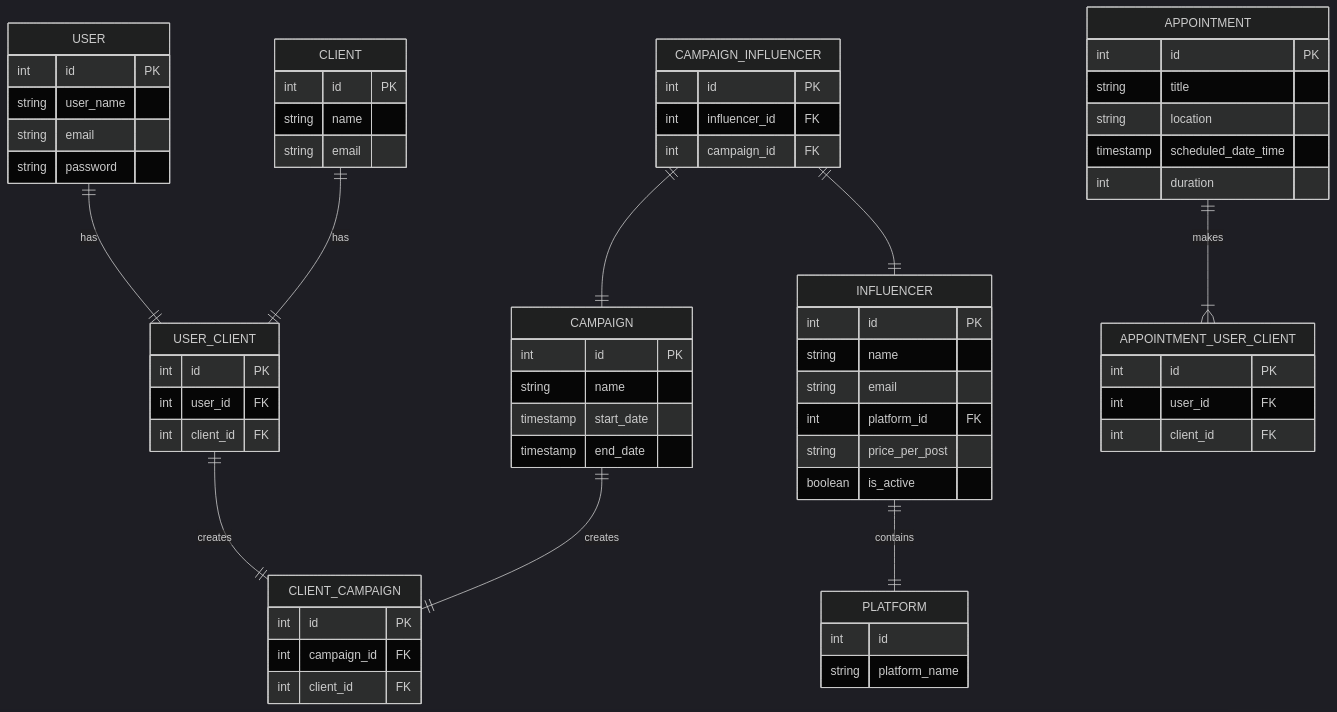
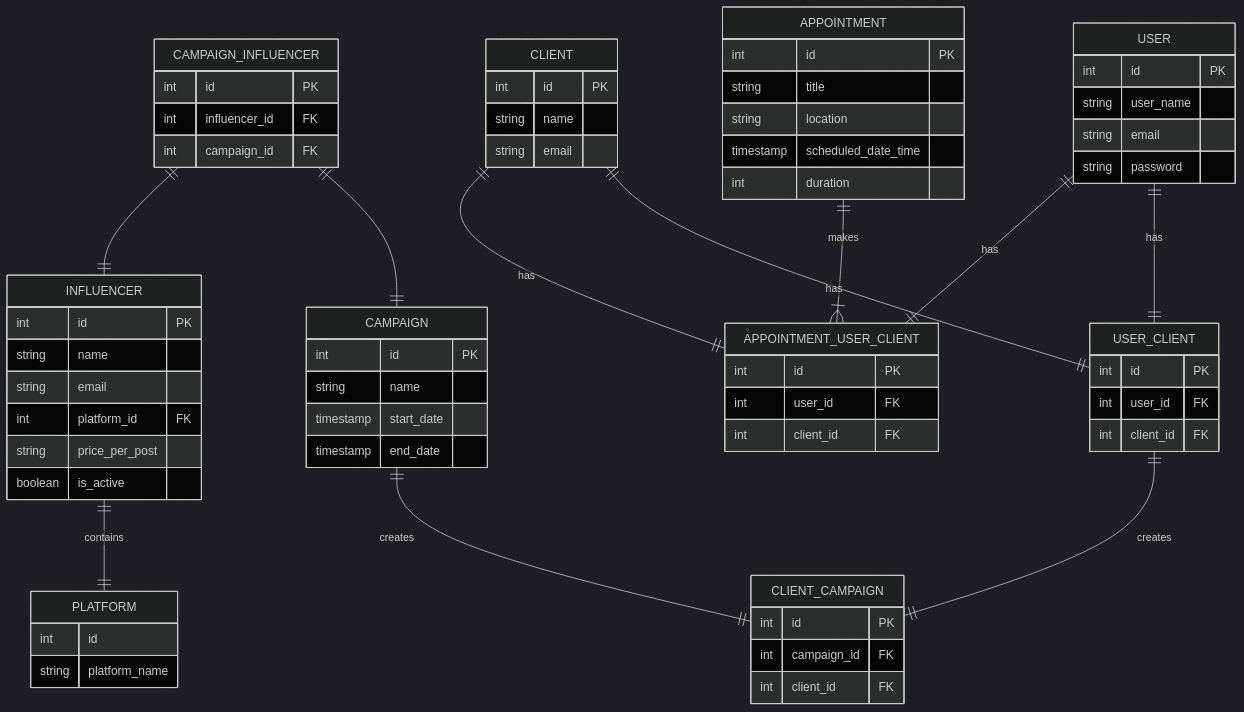
One commit to ConorPMullan/swim-marketing changed the second of 2 diagrams in README.md. Above: the diagram before and after it, drawn with Mermaid.

````diff
--- a/README.md
+++ b/README.md
@@ -52,70 +52,72 @@
 ```mermaid
 %%{init: {'theme': 'dark' } }%%
 
 erDiagram
     USER {
         int id PK
         string user_name
         string email
         string password
     }
     USER_CLIENT {
         int id PK
         int user_id FK
         int client_id FK
     }
     CLIENT {
         int id PK
         string name
         string email
     }
     CLIENT_CAMPAIGN {
         int id PK
         int campaign_id FK
         int client_id FK
     }
     CAMPAIGN {
         int id PK
         string name
         timestamp start_date
         timestamp end_date
     }
     CAMPAIGN_INFLUENCER {
         int id PK
         int influencer_id FK
         int campaign_id FK
     }
     INFLUENCER {
         int id PK
         string name
         string email
         int platform_id FK
         string price_per_post
         boolean is_active
     }
     PLATFORM {
         int id
         string platform_name
     }
         APPOINTMENT{
         int id PK
         string title
         string location
         timestamp scheduled_date_time
         int duration
     }
     APPOINTMENT_USER_CLIENT {
         int id PK
         int user_id FK
         int client_id FK
     }
     USER ||--|| USER_CLIENT: "has"
     CLIENT ||--|| USER_CLIENT: "has"
+    USER ||--|| APPOINTMENT_USER_CLIENT: "has"
+    CLIENT ||--|| APPOINTMENT_USER_CLIENT: "has"
     USER_CLIENT ||--|| CLIENT_CAMPAIGN : "creates"
     CAMPAIGN ||--|| CLIENT_CAMPAIGN : "creates"
     APPOINTMENT ||--|{ APPOINTMENT_USER_CLIENT : "makes"
     CAMPAIGN_INFLUENCER ||--|| CAMPAIGN : ""
     CAMPAIGN_INFLUENCER ||--|| INFLUENCER : ""
     INFLUENCER ||--|| PLATFORM : "contains"
 
 ```
````
